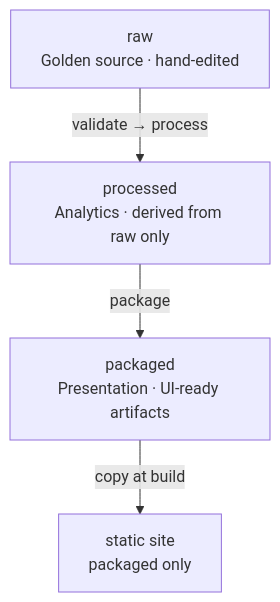
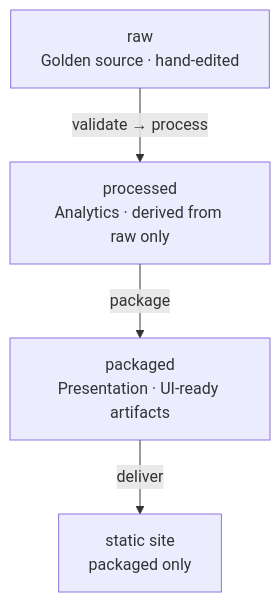
Before and after one commit to ruslanbes/eurovision-top-20: the diagram in docs/adr/adr-003-data-layers.md, drawn with Mermaid. The commit also changed 10 other files, not shown here.

Commit message:
reanmed copy -> deliver

````diff
--- a/docs/adr/adr-003-data-layers.md
+++ b/docs/adr/adr-003-data-layers.md
@@ -17,11 +17,11 @@
 ```mermaid
 flowchart TB
   raw["raw<br/>Golden source · hand-edited"]
   processed["processed<br/>Analytics · derived from raw only"]
   packaged["packaged<br/>Presentation · UI-ready artifacts"]
   site["static site<br/>packaged only"]
 
   raw -->|"validate → process"| processed
   processed -->|"package"| packaged
-  packaged -->|"copy at build"| site
+  packaged -->|"deliver"| site
 ```
````
